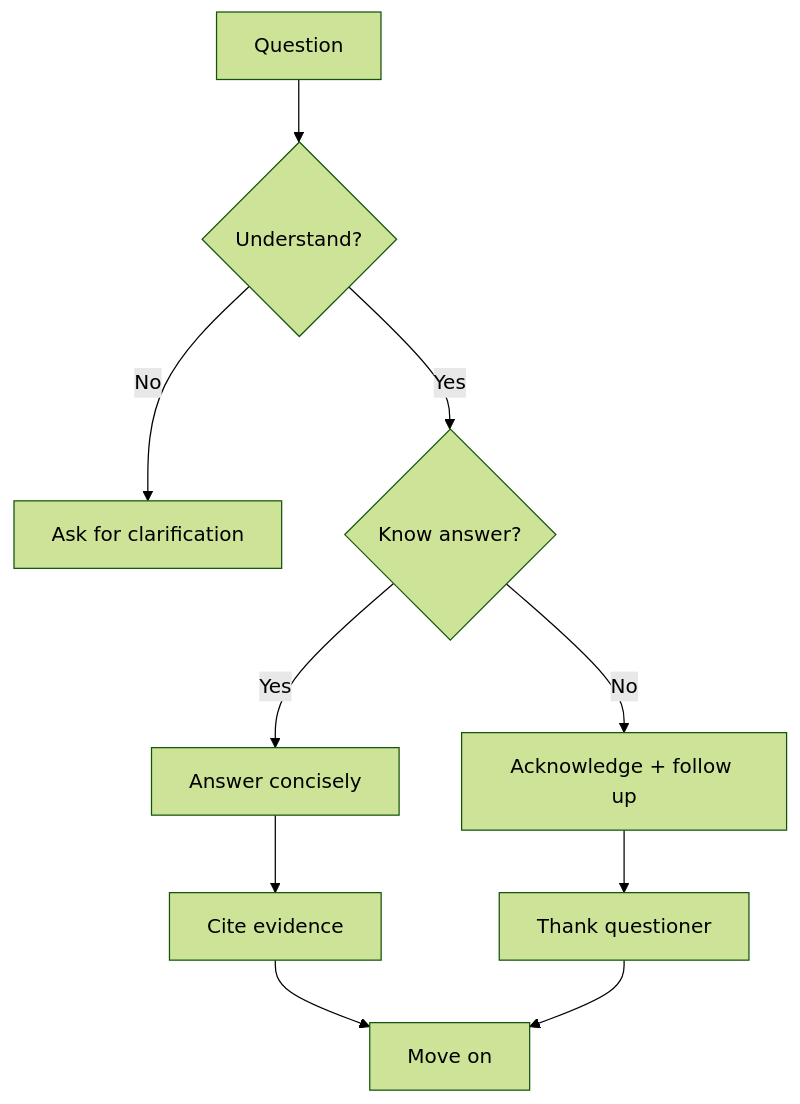
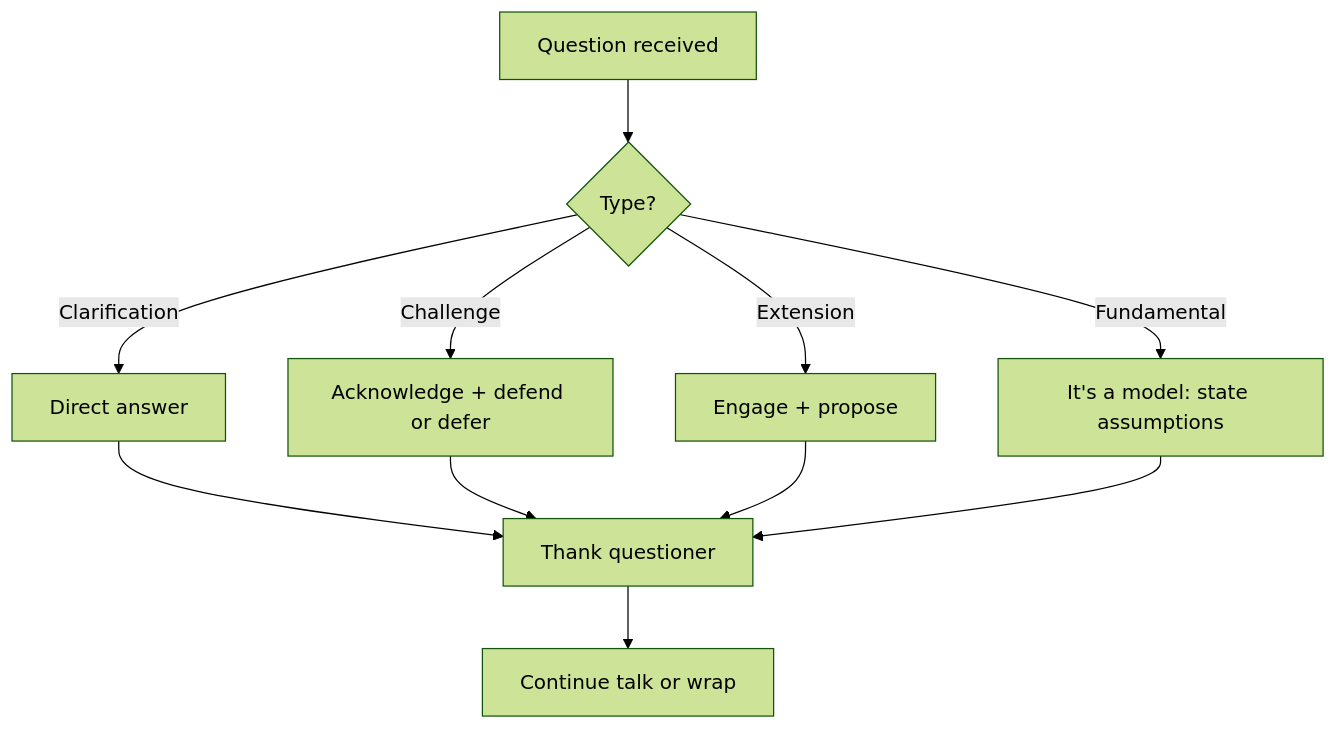
The seventh of 8 diagrams in 01_BSc_Physics/electives/PHYS_2080_Physics_Seminar_I/README.md (yip-lgtm/PhysicsSelfStudy), drawn with Mermaid (forest theme) before and after one commit. The commit also changed other lines of this file and 17 other files, not shown here.

````diff
--- a/01_BSc_Physics/electives/PHYS_2080_Physics_Seminar_I/README.md
+++ b/01_BSc_Physics/electives/PHYS_2080_Physics_Seminar_I/README.md
@@ -164,12 +516,13 @@
 ```mermaid
 graph TD
-    A[Question] --> B{Understand?}
-    B -->|No| C[Ask for clarification]
-    B -->|Yes| D{Know answer?}
-    D -->|Yes| E[Answer concisely]
-    D -->|No| F[Acknowledge + follow up]
-    E --> G[Cite evidence]
-    F --> H[Thank questioner]
-    G --> I[Move on]
-    H --> I
+    A[Question received] --> B{Type?}
+    B -->|Clarification| C[Direct answer]
+    B -->|Challenge| D[Acknowledge + defend or defer]
+    B -->|Extension| E[Engage + propose]
+    B -->|Fundamental| F[It's a model: state assumptions]
+    C --> G[Thank questioner]
+    D --> G
+    E --> G
+    F --> G
+    G --> H[Continue talk or wrap]
 ```
````
